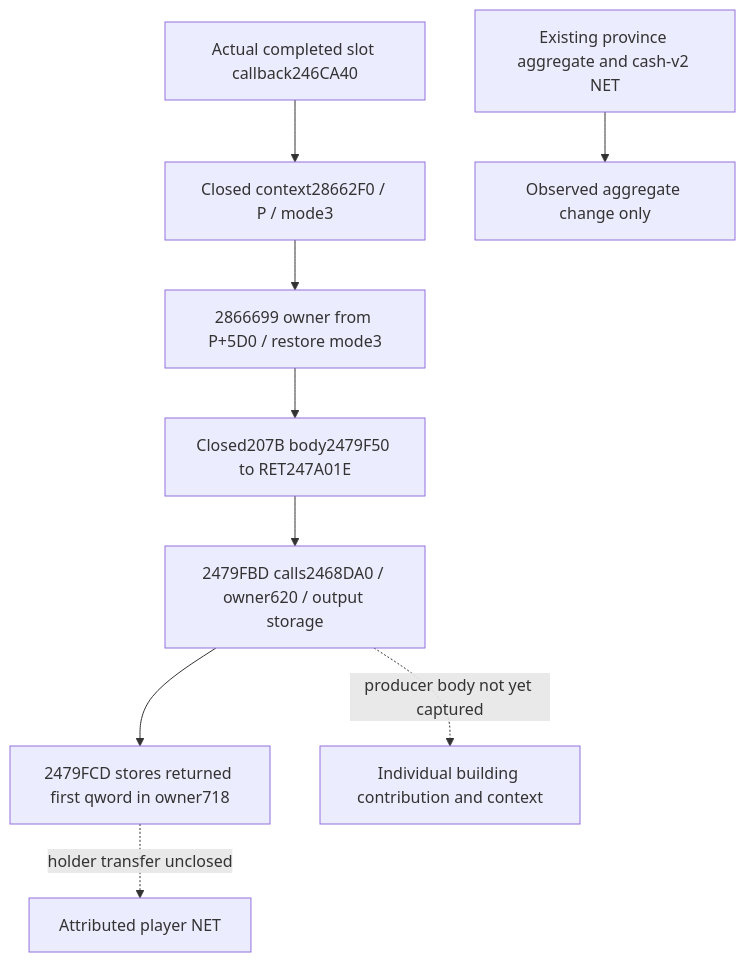
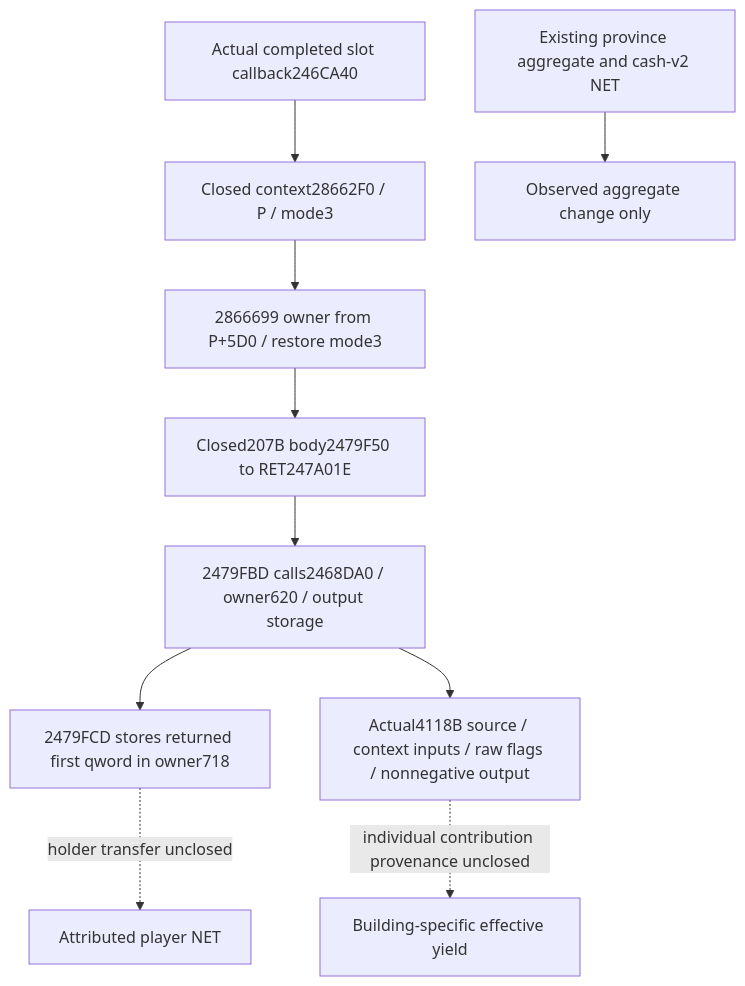
One commit to XenoAmess/ck3_eternal_recurrence changed the diagram in docs/ck3-native-ai/construction-benefit-owner-mode3-inputs-12004.md. Above: the diagram before and after it, drawn with Mermaid. The commit also changed other lines of this file, not shown here.

Commit message:
Record actual construction income producer input tree

````diff
--- a/docs/ck3-native-ai/construction-benefit-owner-mode3-inputs-12004.md
+++ b/docs/ck3-native-ai/construction-benefit-owner-mode3-inputs-12004.md
@@ -81,11 +81,12 @@
 ```mermaid
 flowchart TD
     C[Actual completed slot callback246CA40] --> P[Closed context28662F0 / P / mode3]
     P --> X[2866699 owner from P+5D0 / restore mode3]
     X --> T[Closed207B body2479F50 to RET247A01E]
     T --> S[2479FBD calls2468DA0 / owner620 / output storage]
     S --> V[2479FCD stores returned first qword in owner718]
-    S -. producer body not yet captured .-> D[Individual building contribution and context]
+    S --> B[Actual4118B source / context inputs / raw flags / nonnegative output]
+    B -. individual contribution provenance unclosed .-> D[Building-specific effective yield]
     V -. holder transfer unclosed .-> N[Attributed player NET]
     A[Existing province aggregate and cash-v2 NET] --> O[Observed aggregate change only]
 ```
````
